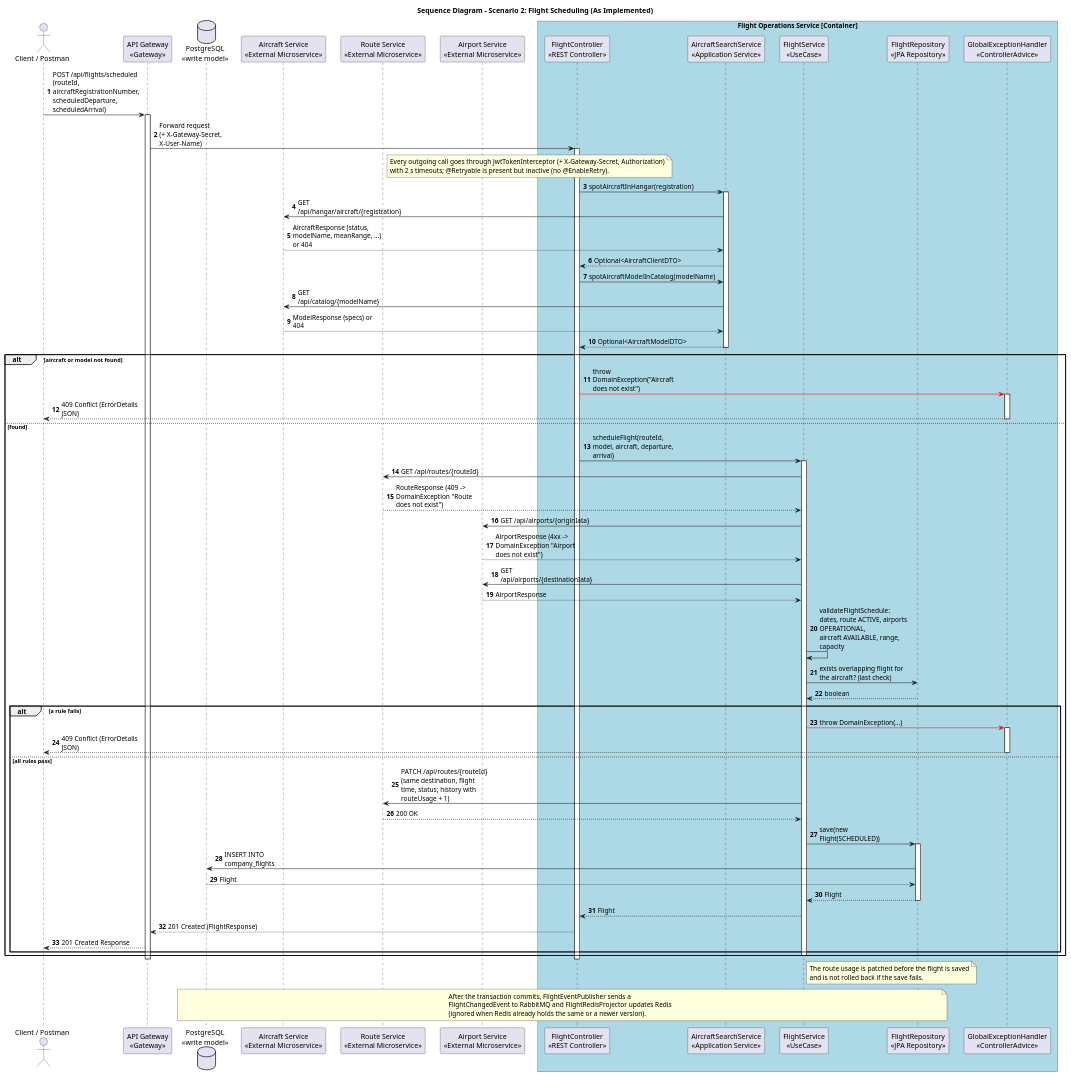
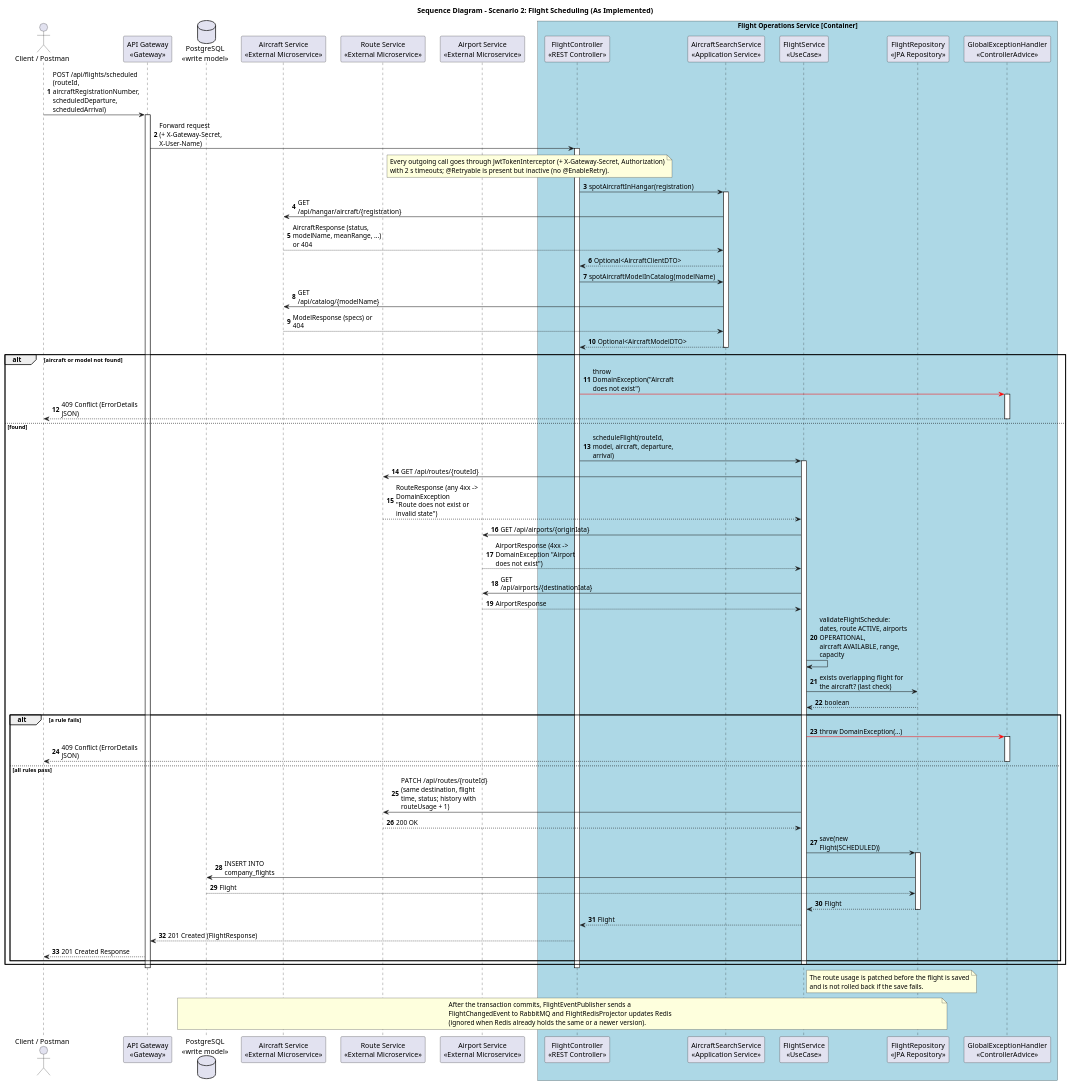
The diagram in flight-service/docs/sequence-diagrams/scenario-2-schedule-flight.puml (8126Lucas/SIDIS_G6_3DA), drawn with PlantUML before and after one commit. The commit also changed 10 other files, not shown here.

Commit message:
Update sequence diagrams and documentation for clarity and accuracy

```diff
--- a/flight-service/docs/sequence-diagrams/scenario-2-schedule-flight.puml
+++ b/flight-service/docs/sequence-diagrams/scenario-2-schedule-flight.puml
@@ -1,102 +1,102 @@
 @startuml
 skinparam responseMessageBelowArrow true
 skinparam maxMessageSize 180
 skinparam boxPadding 10
 skinparam participantPadding 10
 skinparam shadowing false
 
 title Sequence Diagram - Scenario 2: Flight Scheduling (As Implemented)
 
 autonumber
 
 actor "Client / Postman" as client
 participant "API Gateway\n<<Gateway>>" as gateway
 participant "FlightController\n<<REST Controller>>" as controller
 participant "AircraftSearchService\n<<Application Service>>" as aircraft_search
 participant "FlightService\n<<UseCase>>" as route_svc
 participant "FlightRepository\n<<JPA Repository>>" as repo
 database "PostgreSQL\n<<write model>>" as db
 participant "GlobalExceptionHandler\n<<ControllerAdvice>>" as exception_handler
 participant "Aircraft Service\n<<External Microservice>>" as aircraft_svc
 participant "Route Service\n<<External Microservice>>" as route_api
 participant "Airport Service\n<<External Microservice>>" as airport_svc
 
 box "Flight Operations Service [Container]" #LightBlue
     participant controller
     participant aircraft_search
     participant route_svc
     participant repo
     participant exception_handler
 end box
 
 client -> gateway : POST /api/flights/scheduled\n(routeId, aircraftRegistrationNumber, scheduledDeparture, scheduledArrival)
 activate gateway
 gateway -> controller : Forward request\n(+ X-Gateway-Secret, X-User-Name)
 activate controller
 
 note over controller, airport_svc : Every outgoing call goes through JwtTokenInterceptor (+ X-Gateway-Secret, Authorization)\nwith 2 s timeouts; @Retryable is present but inactive (no @EnableRetry).
 
 controller -> aircraft_search : spotAircraftInHangar(registration)
 activate aircraft_search
 aircraft_search -> aircraft_svc : GET /api/hangar/aircraft/{registration}
 aircraft_svc --> aircraft_search : AircraftResponse (status, modelName, meanRange, ...) or 404
 aircraft_search --> controller : Optional<AircraftClientDTO>
 controller -> aircraft_search : spotAircraftModelInCatalog(modelName)
 aircraft_search -> aircraft_svc : GET /api/catalog/{modelName}
 aircraft_svc --> aircraft_search : ModelResponse (specs) or 404
 aircraft_search --> controller : Optional<AircraftModelDTO>
 deactivate aircraft_search
 
 alt aircraft or model not found
     controller -[#red]> exception_handler : throw DomainException("Aircraft does not exist")
     activate exception_handler
     exception_handler --> client : 409 Conflict (ErrorDetails JSON)
     deactivate exception_handler
 else found
     controller -> route_svc : scheduleFlight(routeId, model, aircraft, departure, arrival)
     activate route_svc
 
     route_svc -> route_api : GET /api/routes/{routeId}
-    route_api --> route_svc : RouteResponse (409 -> DomainException "Route does not exist")
+    route_api --> route_svc : RouteResponse (any 4xx -> DomainException\n"Route does not exist or invalid state")
     route_svc -> airport_svc : GET /api/airports/{originIata}
     airport_svc --> route_svc : AirportResponse (4xx -> DomainException "Airport does not exist")
     route_svc -> airport_svc : GET /api/airports/{destinationIata}
     airport_svc --> route_svc : AirportResponse
 
     route_svc -> route_svc : validateFlightSchedule: dates, route ACTIVE, airports OPERATIONAL,\naircraft AVAILABLE, range, capacity
     route_svc -> repo : exists overlapping flight for the aircraft? (last check)
     repo --> route_svc : boolean
 
     alt a rule fails
         route_svc -[#red]> exception_handler : throw DomainException(...)
         activate exception_handler
         exception_handler --> client : 409 Conflict (ErrorDetails JSON)
         deactivate exception_handler
     else all rules pass
         route_svc -> route_api : PATCH /api/routes/{routeId}\n(same destination, flight time, status; history with routeUsage + 1)
         route_api --> route_svc : 200 OK
         route_svc -> repo : save(new Flight(SCHEDULED))
         activate repo
         repo -> db : INSERT INTO company_flights
         db --> repo : Flight
         repo --> route_svc : Flight
         deactivate repo
         route_svc --> controller : Flight
         controller --> gateway : 201 Created (FlightResponse)
         gateway --> client : 201 Created Response
     end
     deactivate route_svc
 end
 deactivate controller
 deactivate gateway
 
 note right of route_svc : The route usage is patched before the flight is saved\nand is not rolled back if the save fails.
 
 
 note over repo, db
   After the transaction commits, FlightEventPublisher sends a
   FlightChangedEvent to RabbitMQ and FlightRedisProjector updates Redis
   (ignored when Redis already holds the same or a newer version).
 end note
 
 @enduml
```
